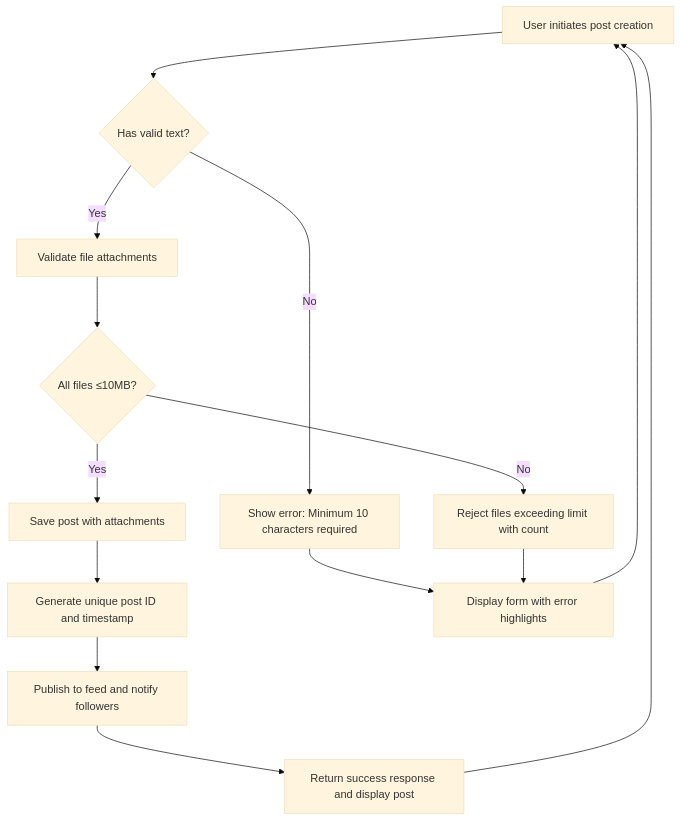
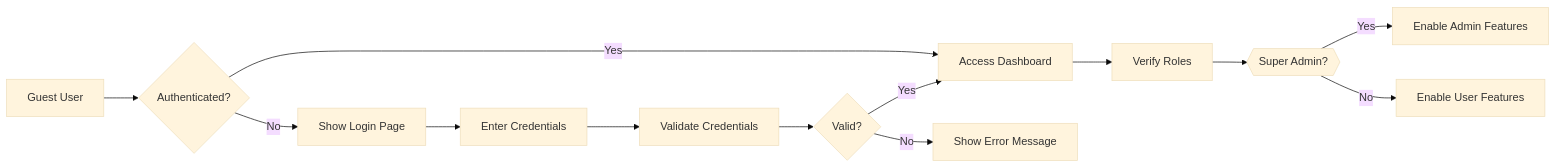
The first of 4 diagrams in qwen/qwen3-next-80b-a3b-instruct/bbs/docs/analysis/00-toc.md (wrtnlabs/autobe-examples), drawn with Mermaid (base theme) before and after one commit. The commit also changed other lines of this file and 9391 other files, not shown here.

````diff
--- a/qwen/qwen3-next-80b-a3b-instruct/bbs/docs/analysis/00-toc.md
+++ b/qwen/qwen3-next-80b-a3b-instruct/bbs/docs/analysis/00-toc.md
@@ -93,17 +46,15 @@
 ```mermaid
-graph TD
-    A["User initiates post creation"] --> B{"Has valid text?"}
-    B -- No --> C["Show error: Minimum 10 characters required"]
-    B -- Yes --> D["Validate file attachments"]
-    D --> E{"All files ≤10MB?"}
-    E -- No --> F["Reject files exceeding limit with count"]
-    E -- Yes --> G["Save post with attachments"]
-    G --> H["Generate unique post ID and timestamp"]
-    H --> I["Publish to feed and notify followers"]
-    I --> J["Return success response and display post"]
-    
-    C --> K["Display form with error highlights"]
-    F --> K
-    K --> A
-    J --> A
+graph LR
+  A["Guest User"] --> B{"Authenticated?"}
+  B -->|No| C["Show Login Page"]
+  B -->|Yes| D["Access Dashboard"]
+  C --> E["Enter Credentials"]
+  E --> F["Validate Credentials"]
+  F --> G{"Valid?"}
+  G -->|Yes| D
+  G -->|No| H["Show Error Message"]
+  D --> I["Verify Roles"]
+  I --> J{{"Super Admin?"}}
+  J -->|Yes| K["Enable Admin Features"]
+  J -->|No| L["Enable User Features"]
 ```
````
